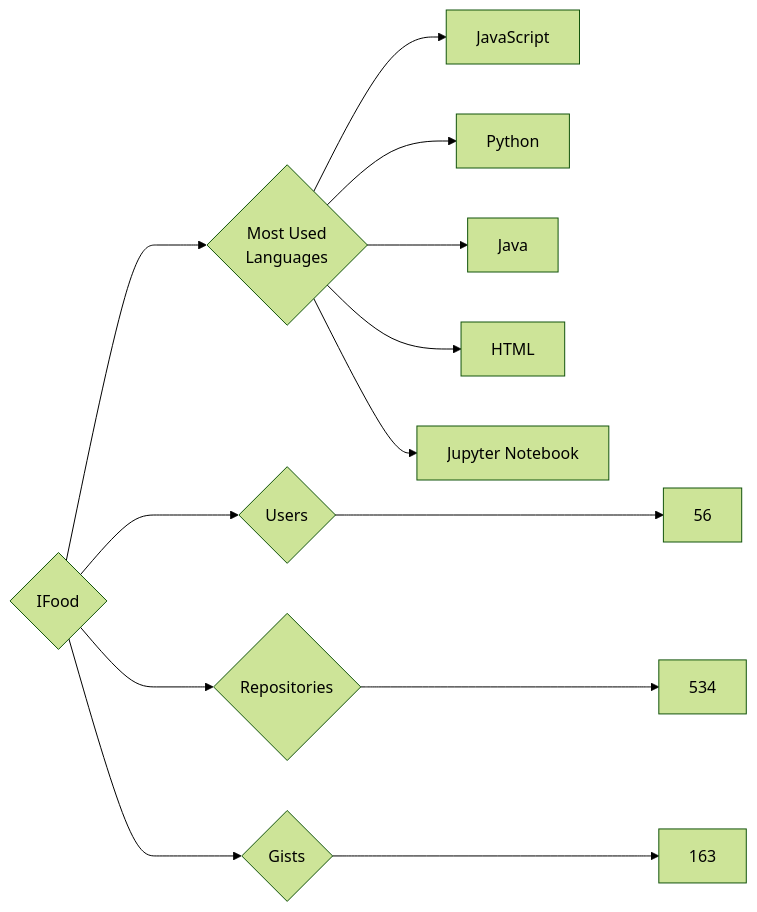
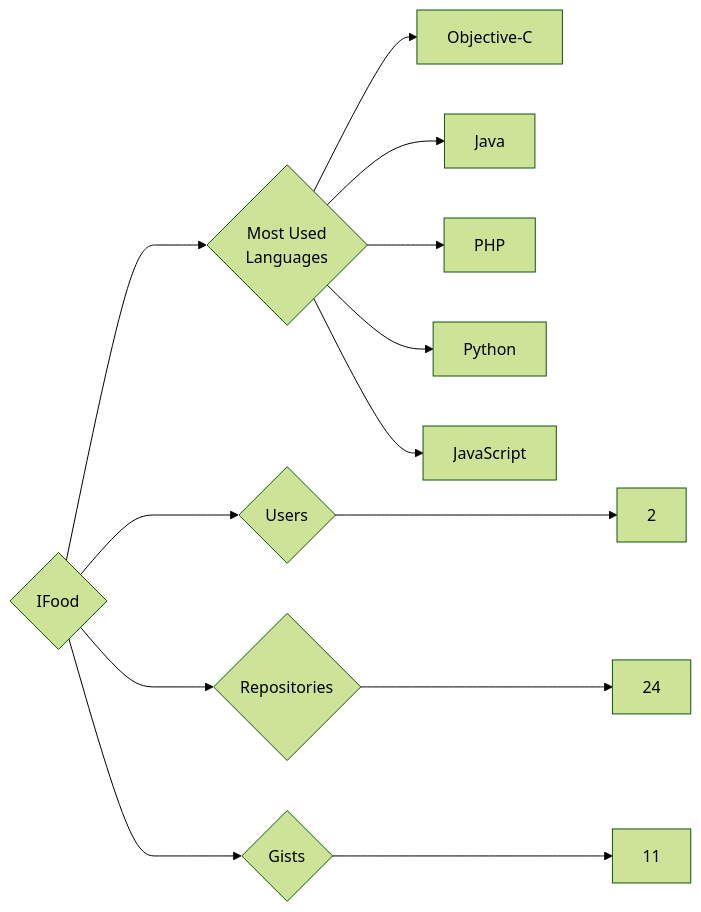
The diagram in targets/IFood/README.md (trickest/insiders), drawn with Mermaid (forest theme) before and after one commit. The commit also changed 900 other files, not shown here.

````diff
--- a/targets/IFood/README.md
+++ b/targets/IFood/README.md
@@ -3,13 +3,13 @@
 ```mermaid
 graph LR
 COMPANY_NAME{IFood}
-COMPANY_NAME ---> U{Users} ---> UN[56]
-COMPANY_NAME ---> R{Repositories} ---> RN[534]
-COMPANY_NAME ---> G{Gists} ---> GN[163]
+COMPANY_NAME ---> U{Users} ---> UN[2]
+COMPANY_NAME ---> R{Repositories} ---> RN[24]
+COMPANY_NAME ---> G{Gists} ---> GN[11]
 COMPANY_NAME ---> ML{Most Used<br>Languages}
+ML --> Objective-C[Objective-C]
+ML --> Java[Java]
+ML --> PHP[PHP]
+ML --> Python[Python]
 ML --> JavaScript[JavaScript]
-ML --> Python[Python]
-ML --> Java[Java]
-ML --> HTML[HTML]
-ML --> Jupyter_Notebook[Jupyter Notebook]
 ```
````
